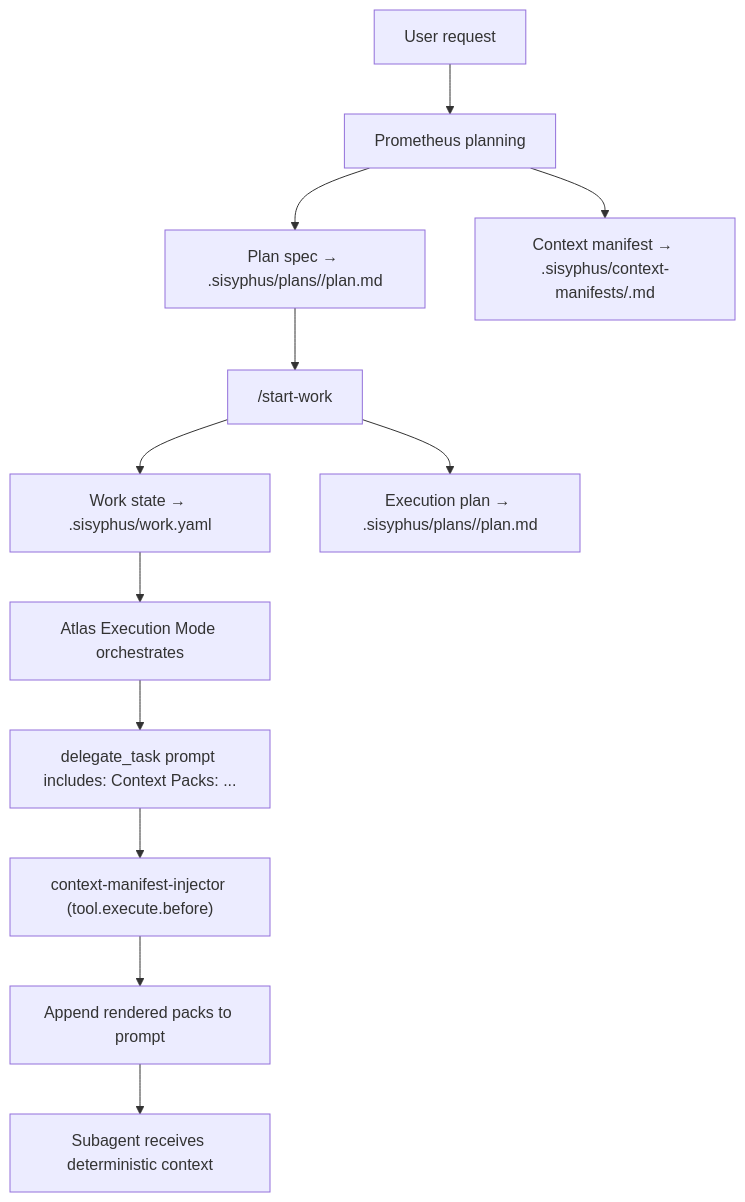
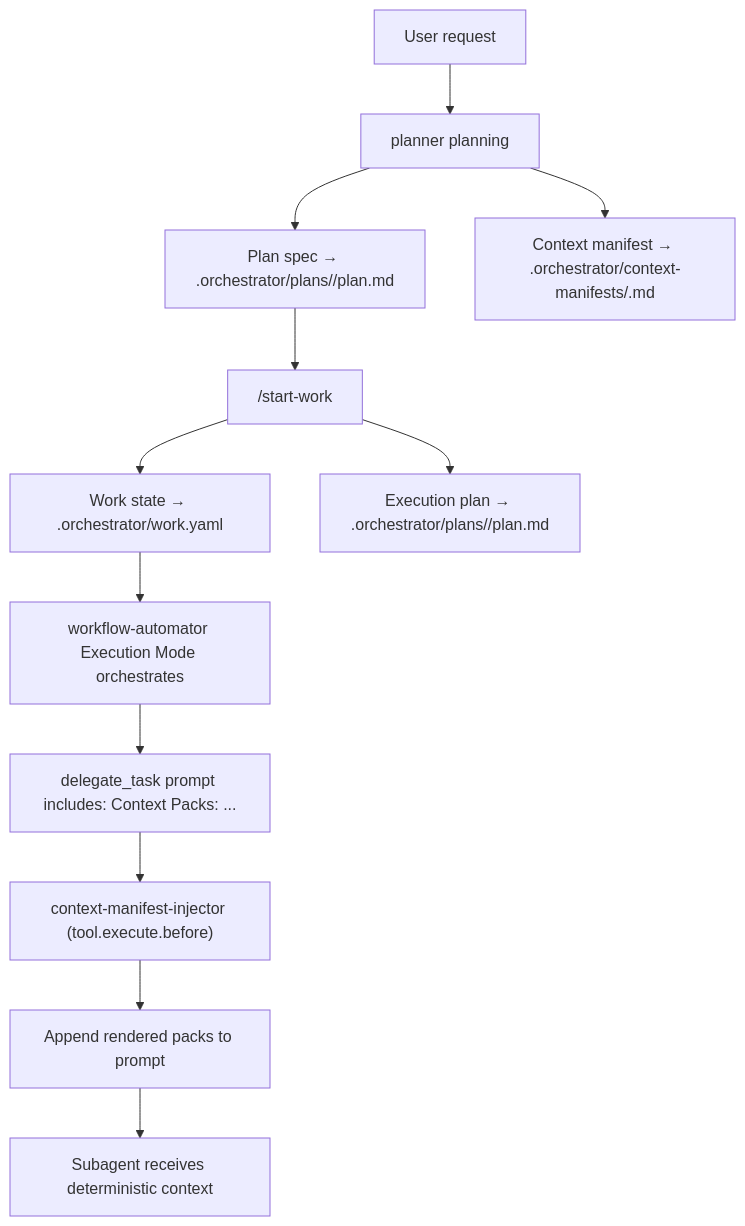
Before and after one commit to arcthur/oh-my-opencode: the diagram in docs/journeys/context-packs-and-manifests.md, drawn with Mermaid. The commit also changed other lines of this file and 416 other files, not shown here.

````diff
--- a/docs/journeys/context-packs-and-manifests.md
+++ b/docs/journeys/context-packs-and-manifests.md
@@ -14,16 +14,16 @@
 ```mermaid
 flowchart TD
-  U["User request"] --> P["Prometheus planning"]
-  P --> PlanSpec["Plan spec → .sisyphus/plans/<planId>/plan.md"]
-  P --> CM["Context manifest → .sisyphus/context-manifests/<planId>.md"]
+  U["User request"] --> P["planner planning"]
+  P --> PlanSpec["Plan spec → .orchestrator/plans/<planId>/plan.md"]
+  P --> CM["Context manifest → .orchestrator/context-manifests/<planId>.md"]
 
   PlanSpec --> SW["/start-work"]
-  SW --> WS["Work state → .sisyphus/work.yaml"]
-  SW --> PLAN["Execution plan → .sisyphus/plans/<planId>/plan.md"]
-  WS --> AT["Atlas Execution Mode orchestrates"]
+  SW --> WS["Work state → .orchestrator/work.yaml"]
+  SW --> PLAN["Execution plan → .orchestrator/plans/<planId>/plan.md"]
+  WS --> AT["workflow-automator Execution Mode orchestrates"]
 
   AT --> DT["delegate_task prompt includes: Context Packs: ..."]
   DT --> HOOK["context-manifest-injector (tool.execute.before)"]
   HOOK --> INJ["Append rendered packs to prompt"]
   INJ --> SUB["Subagent receives deterministic context"]
 ```
````
